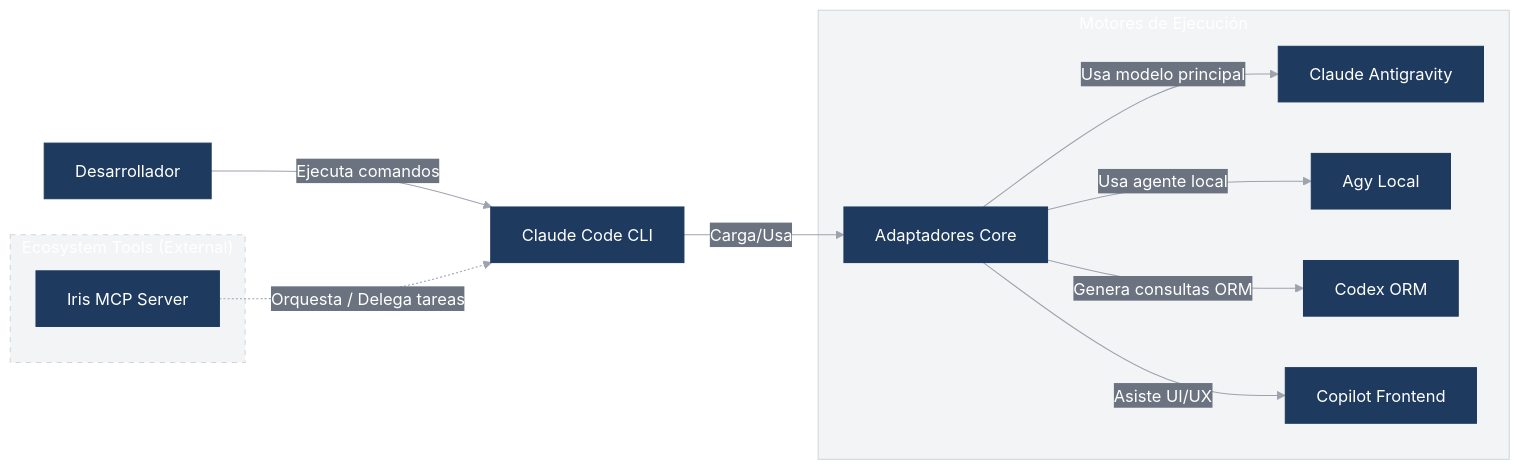
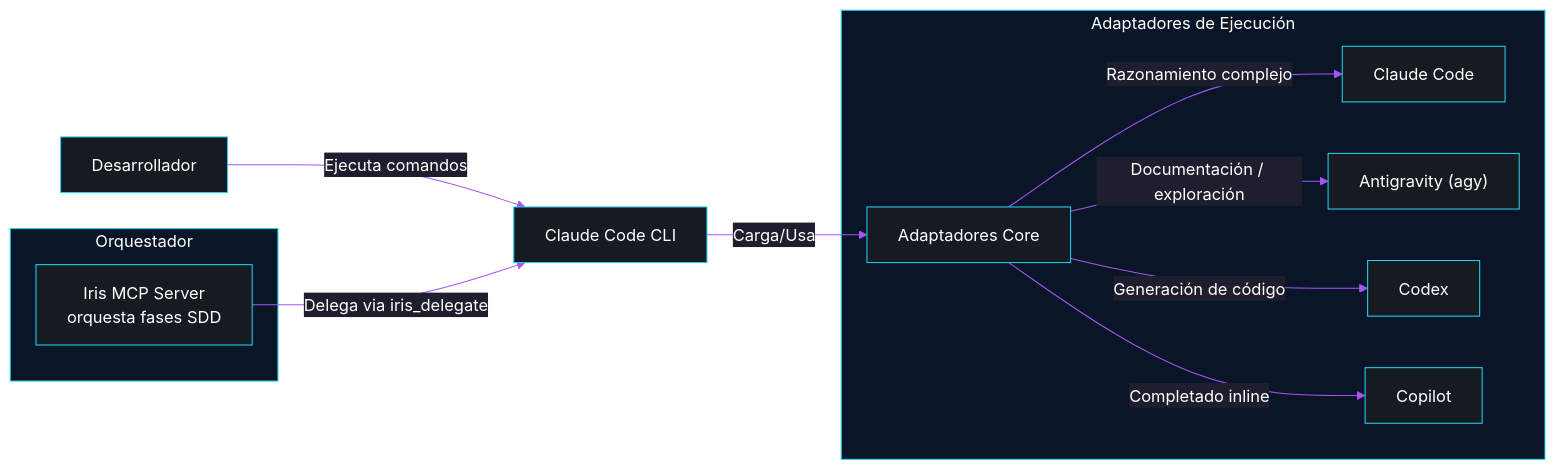
Before and after one commit to Geraldow/odoo-ai: the first of 6 diagrams in ARCHITECTURE.md, drawn with Mermaid. The commit also changed other lines of this file, not shown here.

Commit message:
docs: add ARCHITECTURE.md and PRD.md for odoo-ai v3
- ARCHITECTURE.md: 6 mermaid diagrams with dark enterprise palette (cyan #22d3ee, purple #a855f7)
- Iris repositioned as central orchestrator (not External)
- Semble replaced by CodeGraph (AST/tree-sitter) throughout
- PRD.md: CodeGraph dependency updated, SDD flow mermaid diagram added

````diff
--- a/ARCHITECTURE.md
+++ b/ARCHITECTURE.md
@@ -9,17 +9,16 @@
 ```mermaid
-%%{init: {'theme': 'base', 'themeVariables': {'background': '#F9FAFB', 'primaryColor': '#1E3A5F', 'primaryTextColor': '#FFFFFF', 'primaryBorderColor': '#1E3A5F', 'secondaryColor': '#6B7280', 'secondaryTextColor': '#FFFFFF', 'secondaryBorderColor': '#475569', 'tertiaryColor': '#0D9488', 'tertiaryTextColor': '#FFFFFF', 'lineColor': '#9CA3AF', 'textColor': '#111827', 'clusterBkg': '#F3F4F6', 'clusterBorder': '#D1D5DB', 'fontFamily': 'Inter, Roboto, sans-serif'}}}%%
+%%{init: {'theme': 'base', 'themeVariables': {'background': '#0d1117', 'primaryColor': '#161b22', 'primaryTextColor': '#FFFFFF', 'primaryBorderColor': '#22d3ee', 'secondaryColor': '#1e1e2e', 'secondaryTextColor': '#FFFFFF', 'secondaryBorderColor': '#a855f7', 'tertiaryColor': '#0d2a2a', 'tertiaryTextColor': '#FFFFFF', 'tertiaryBorderColor': '#22d3ee', 'lineColor': '#a855f7', 'textColor': '#e6edf3', 'clusterBkg': '#0a1628', 'clusterBorder': '#22d3ee'}}}%%
 flowchart LR
     Dev["Desarrollador"] -->|Ejecuta comandos| CLI["Claude Code CLI"]
     CLI -->|Carga/Usa| Adp["Adaptadores Core"]
-    subgraph Motores["Motores de Ejecución"]
-        Adp -->|Usa modelo principal| Cl["Claude Antigravity"]
-        Adp -->|Usa agente local| Agy["Agy Local"]
-        Adp -->|Genera consultas ORM| Cx["Codex ORM"]
-        Adp -->|Asiste UI/UX| Cp["Copilot Frontend"]
+    subgraph Motores["Adaptadores de Ejecución"]
+        Adp -->|Razonamiento complejo| Cl["Claude Code"]
+        Adp -->|Documentación / exploración| Agy["Antigravity (agy)"]
+        Adp -->|Generación de código| Cx["Codex"]
+        Adp -->|Completado inline| Cp["Copilot"]
     end
-    subgraph Ext["Ecosystem Tools (External)"]
-        style Ext stroke-dasharray: 5 5
-        Iris["Iris MCP Server"]
+    subgraph Orq["Orquestador"]
+        Iris["Iris MCP Server\norquesta fases SDD"]
     end
-    Iris -.->|Orquesta / Delega tareas| CLI
+    Iris -->|Delega via iris_delegate| CLI
 ```
````
